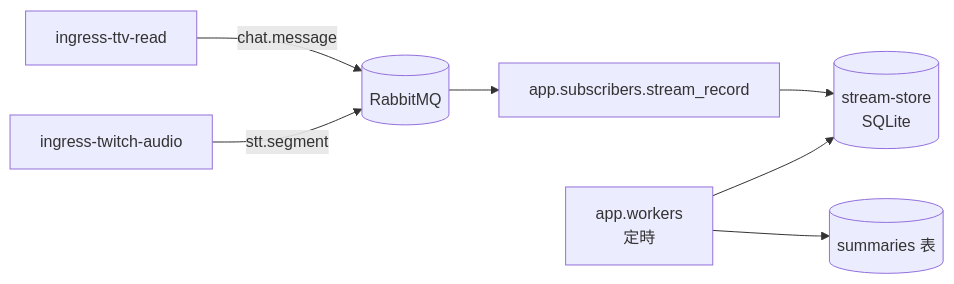
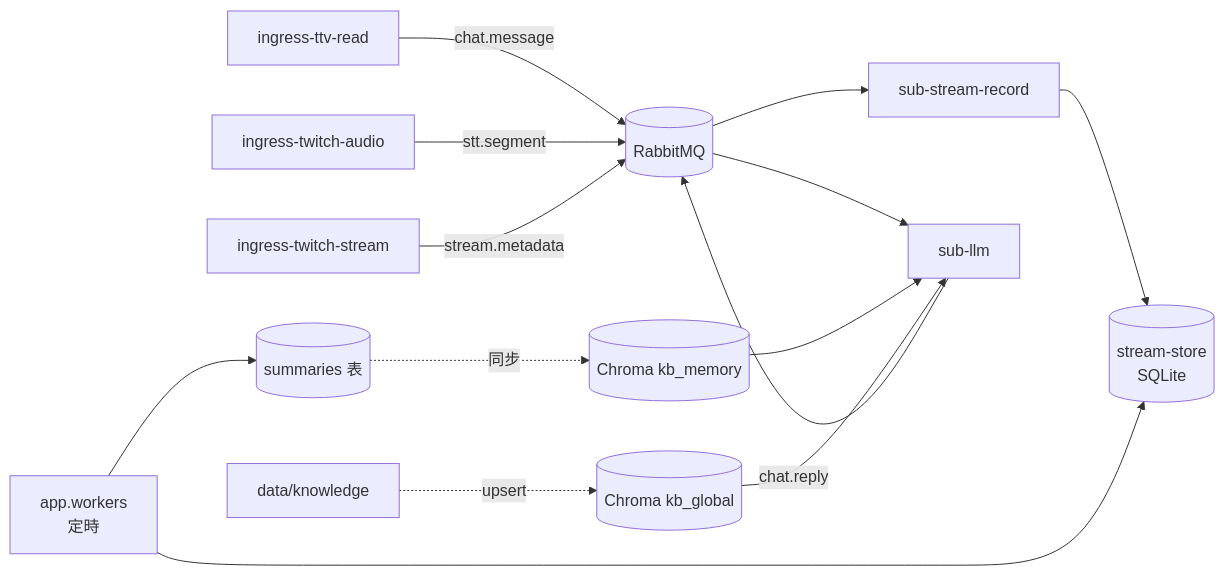
One commit to skymiku39/streamer_toolbox changed the diagram in docs/architecture/stream-memory-pipeline.md. Above: the diagram before and after it, drawn with Mermaid. The commit also changed other lines of this file and 7 other files, not shown here.

Commit message:
docs: 📝 [AI] 對齊 sub-llm 記憶管線與 Chroma RAG 實作現況

````diff
--- a/docs/architecture/stream-memory-pipeline.md
+++ b/docs/architecture/stream-memory-pipeline.md
@@ -19,9 +19,16 @@
 ```mermaid
 flowchart LR
     IRC["ingress-ttv-read"] -->|chat.message| MQ[("RabbitMQ")]
     Audio["ingress-twitch-audio"] -->|stt.segment| MQ
-    MQ --> Rec["app.subscribers.stream_record"]
+    Meta["ingress-twitch-stream"] -->|stream.metadata| MQ
+    MQ --> Rec["sub-stream-record"]
     Rec --> DB[("stream-store<br/>SQLite")]
     Worker["app.workers<br/>定時"] --> DB
     Worker --> Sum[("summaries 表")]
+    Sum -.同步.-> Chroma[("Chroma kb_memory")]
+    MQ --> LLM["sub-llm"]
+    StaticKB["data/knowledge"] -.upsert.-> ChromaGlobal[("Chroma kb_global")]
+    Chroma --> LLM
+    ChromaGlobal --> LLM
+    LLM -->|chat.reply| MQ
 ```
````
